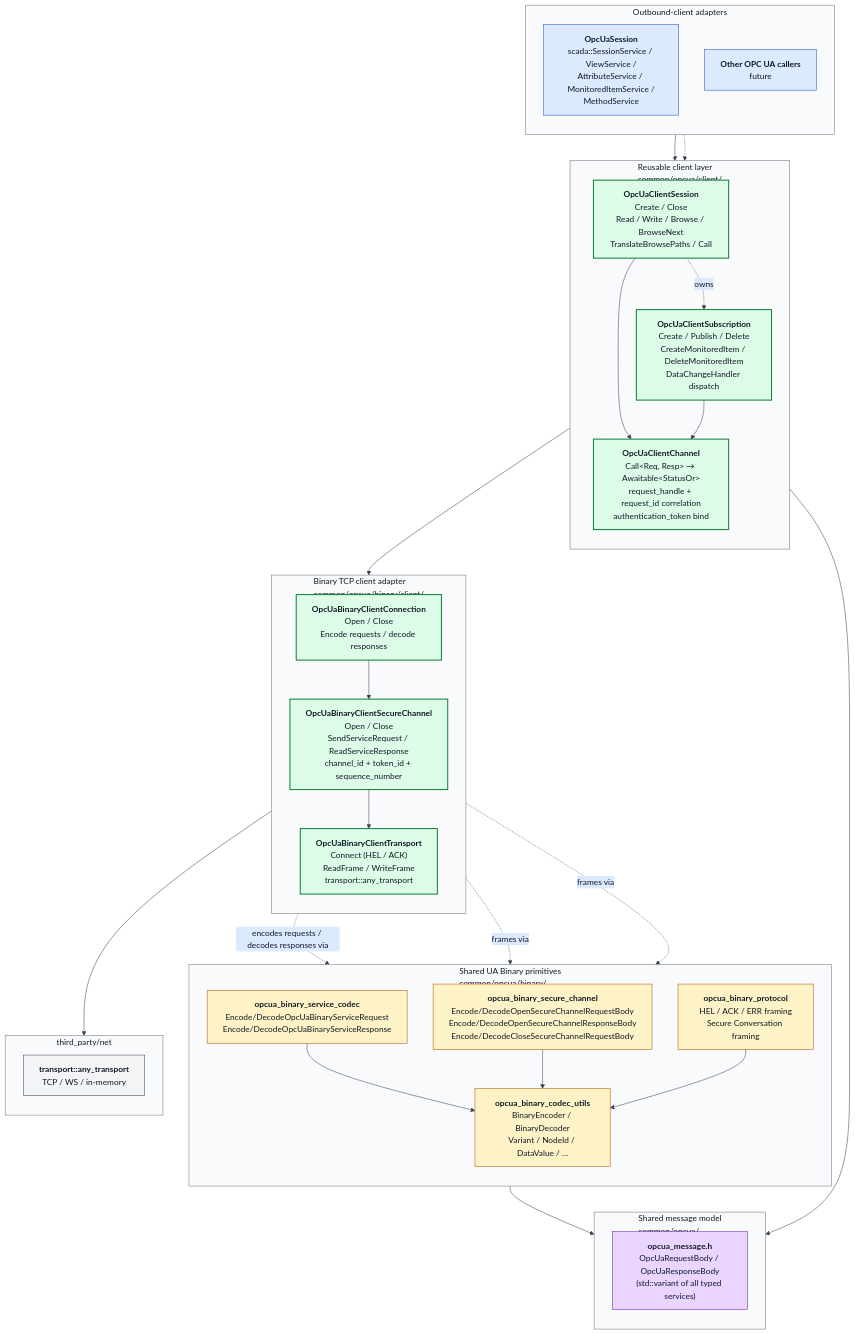
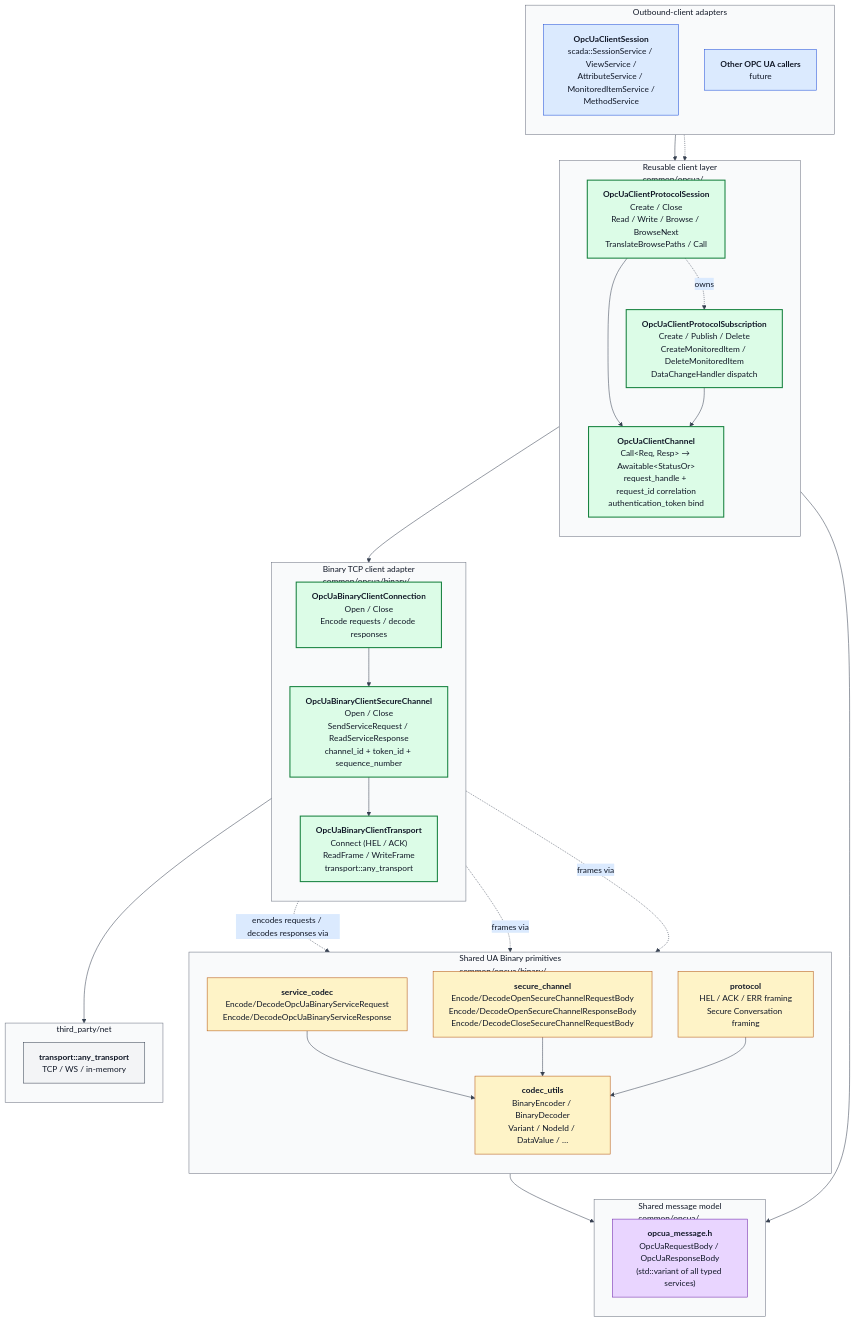
The diagram in docs/diagrams/opcua_binary_client_architecture.mmd (alexsmn/scada-common), drawn with Mermaid before and after one commit. The commit also changed 199 other files, not shown here.

Commit message:
Rename OPC UA common files

```diff
--- a/docs/diagrams/opcua_binary_client_architecture.mmd
+++ b/docs/diagrams/opcua_binary_client_architecture.mmd
@@ -1,89 +1,89 @@
 %%{init: {
   'theme': 'base',
   'themeVariables': {
     'background': '#ffffff',
     'primaryColor': '#f3f4f6',
     'primaryBorderColor': '#374151',
     'primaryTextColor': '#111827',
     'secondaryColor': '#dbeafe',
     'secondaryBorderColor': '#1d4ed8',
     'secondaryTextColor': '#111827',
     'tertiaryColor': '#dcfce7',
     'tertiaryBorderColor': '#15803d',
     'tertiaryTextColor': '#111827',
     'lineColor': '#374151',
     'defaultLinkColor': '#374151',
     'clusterBkg': '#f9fafb',
     'clusterBorder': '#6b7280',
     'titleColor': '#111827'
   },
   'flowchart': {'htmlLabels': true}
 }}%%
 flowchart TB
     subgraph Consumers["Outbound-client adapters"]
         direction TB
-        QT["<b>OpcUaSession</b><br/>scada::SessionService / ViewService /<br/>AttributeService / MonitoredItemService /<br/>MethodService"]
+        QT["<b>OpcUaClientSession</b><br/>scada::SessionService / ViewService /<br/>AttributeService / MonitoredItemService /<br/>MethodService"]
         OTHER["<b>Other OPC UA callers</b><br/>future"]
     end
 
-    subgraph Client["Reusable client layer<br/>common/opcua/client/"]
+    subgraph Client["Reusable client layer<br/>common/opcua/"]
         direction TB
-        SESS["<b>OpcUaClientSession</b><br/>Create / Close<br/>Read / Write / Browse / BrowseNext<br/>TranslateBrowsePaths / Call"]
-        SUB["<b>OpcUaClientSubscription</b><br/>Create / Publish / Delete<br/>CreateMonitoredItem / DeleteMonitoredItem<br/>DataChangeHandler dispatch"]
+        SESS["<b>OpcUaClientProtocolSession</b><br/>Create / Close<br/>Read / Write / Browse / BrowseNext<br/>TranslateBrowsePaths / Call"]
+        SUB["<b>OpcUaClientProtocolSubscription</b><br/>Create / Publish / Delete<br/>CreateMonitoredItem / DeleteMonitoredItem<br/>DataChangeHandler dispatch"]
         CHAN["<b>OpcUaClientChannel</b><br/>Call&lt;Req, Resp&gt; → Awaitable&lt;StatusOr&gt;<br/>request_handle + request_id correlation<br/>authentication_token bind"]
     end
 
-    subgraph BinaryClient["Binary TCP client adapter<br/>common/opcua/binary/client/"]
+    subgraph BinaryClient["Binary TCP client adapter<br/>common/opcua/binary/"]
         direction TB
         CONN["<b>OpcUaBinaryClientConnection</b><br/>Open / Close<br/>Encode requests / decode responses"]
         SC["<b>OpcUaBinaryClientSecureChannel</b><br/>Open / Close<br/>SendServiceRequest / ReadServiceResponse<br/>channel_id + token_id + sequence_number"]
         TRANS["<b>OpcUaBinaryClientTransport</b><br/>Connect (HEL / ACK)<br/>ReadFrame / WriteFrame<br/>transport::any_transport"]
     end
 
     subgraph Shared["Shared UA Binary primitives<br/>common/opcua/binary/"]
         direction TB
-        SVC["<b>opcua_binary_service_codec</b><br/>Encode/DecodeOpcUaBinaryServiceRequest<br/>Encode/DecodeOpcUaBinaryServiceResponse"]
-        SECCODEC["<b>opcua_binary_secure_channel</b><br/>Encode/DecodeOpenSecureChannelRequestBody<br/>Encode/DecodeOpenSecureChannelResponseBody<br/>Encode/DecodeCloseSecureChannelRequestBody"]
-        PROTO["<b>opcua_binary_protocol</b><br/>HEL / ACK / ERR framing<br/>Secure Conversation framing"]
-        UTILS["<b>opcua_binary_codec_utils</b><br/>BinaryEncoder / BinaryDecoder<br/>Variant / NodeId / DataValue / …"]
+        SVC["<b>service_codec</b><br/>Encode/DecodeOpcUaBinaryServiceRequest<br/>Encode/DecodeOpcUaBinaryServiceResponse"]
+        SECCODEC["<b>secure_channel</b><br/>Encode/DecodeOpenSecureChannelRequestBody<br/>Encode/DecodeOpenSecureChannelResponseBody<br/>Encode/DecodeCloseSecureChannelRequestBody"]
+        PROTO["<b>protocol</b><br/>HEL / ACK / ERR framing<br/>Secure Conversation framing"]
+        UTILS["<b>codec_utils</b><br/>BinaryEncoder / BinaryDecoder<br/>Variant / NodeId / DataValue / …"]
     end
 
     subgraph Model["Shared message model<br/>common/opcua/"]
         direction TB
         MSG["<b>opcua_message.h</b><br/>OpcUaRequestBody / OpcUaResponseBody<br/>(std::variant of all typed services)"]
     end
 
     subgraph Net["third_party/net"]
         direction TB
         ANY["<b>transport::any_transport</b><br/>TCP / WS / in-memory"]
     end
 
     QT --> SESS
     OTHER -.-> SESS
     SESS --> CHAN
     SESS -.owns.-> SUB
     SUB --> CHAN
     CHAN --> CONN
     CONN --> SC
     SC --> TRANS
     TRANS --> ANY
 
     CONN -.encodes requests / decodes responses via.-> SVC
     SC -.frames via.-> SECCODEC
     TRANS -.frames via.-> PROTO
     SVC --> UTILS
     SECCODEC --> UTILS
     PROTO --> UTILS
     SVC --> MSG
     CHAN --> MSG
 
     classDef consumerStyle fill:#dbeafe,stroke:#1d4ed8,color:#111827
     classDef clientStyle fill:#dcfce7,stroke:#15803d,color:#111827,stroke-width:2px
     classDef sharedStyle fill:#fef3c7,stroke:#b45309,color:#111827
     classDef modelStyle fill:#e9d5ff,stroke:#6b21a8,color:#111827
     classDef netStyle fill:#f3f4f6,stroke:#374151,color:#111827
     class QT,OTHER consumerStyle
     class SESS,SUB,CHAN,CONN,SC,TRANS clientStyle
     class SVC,SECCODEC,PROTO,UTILS sharedStyle
     class MSG modelStyle
     class ANY netStyle
```
